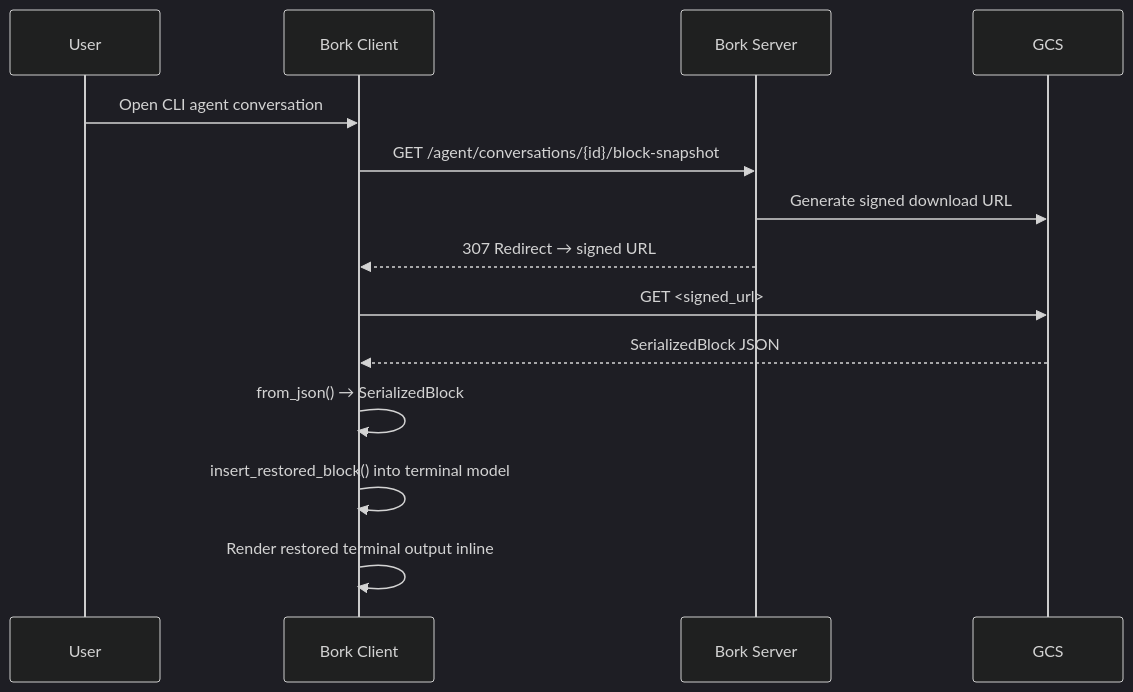
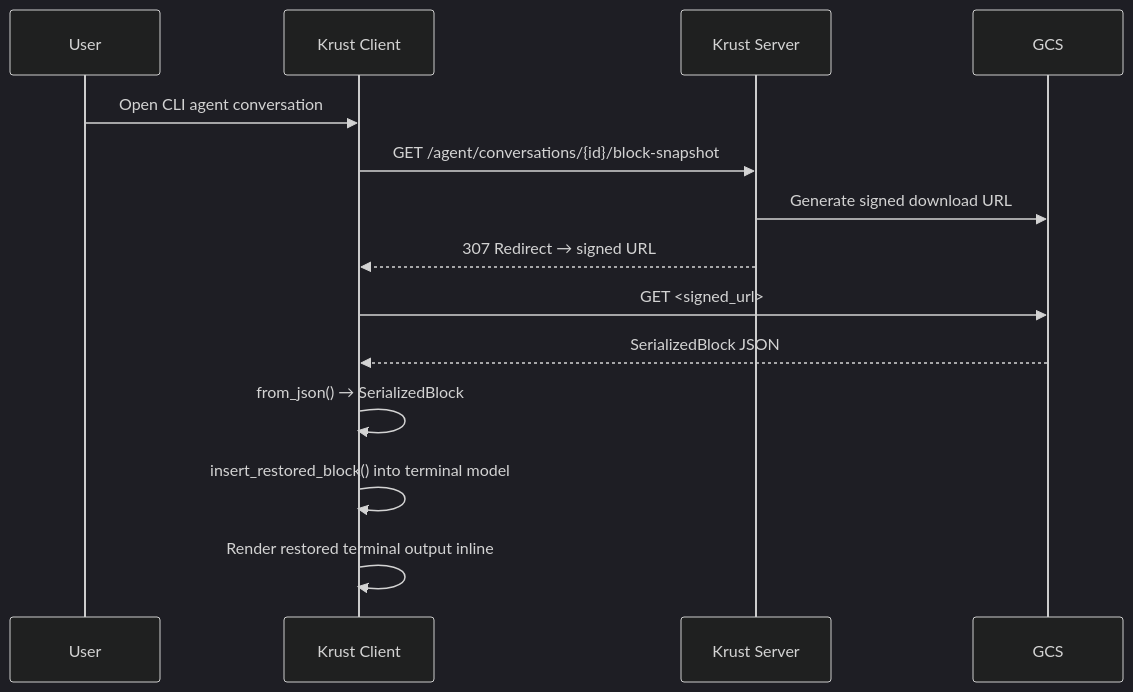
The third of 3 diagrams in specs/REMOTE-1332/TECH.md (antikrust/krust-terminal), drawn with Mermaid (dark theme) before and after one commit. The commit also changed other lines of this file and 4480 other files, not shown here.

First line of the commit message:
Rebrand Bork -> Krust

````diff
--- a/specs/REMOTE-1332/TECH.md
+++ b/specs/REMOTE-1332/TECH.md
@@ -313,17 +313,17 @@
 ```mermaid
 sequenceDiagram
     participant User as User
-    participant Client as Bork Client
-    participant Server as Bork Server
+    participant Client as Krust Client
+    participant Server as Krust Server
     participant GCS as GCS
 
     User->>Client: Open CLI agent conversation
     Client->>Server: GET /agent/conversations/{id}/block-snapshot
     Server->>GCS: Generate signed download URL
     Server-->>Client: 307 Redirect → signed URL
     Client->>GCS: GET <signed_url>
     GCS-->>Client: SerializedBlock JSON
     Client->>Client: from_json() → SerializedBlock
     Client->>Client: insert_restored_block() into terminal model
     Client->>Client: Render restored terminal output inline
 ```
````
